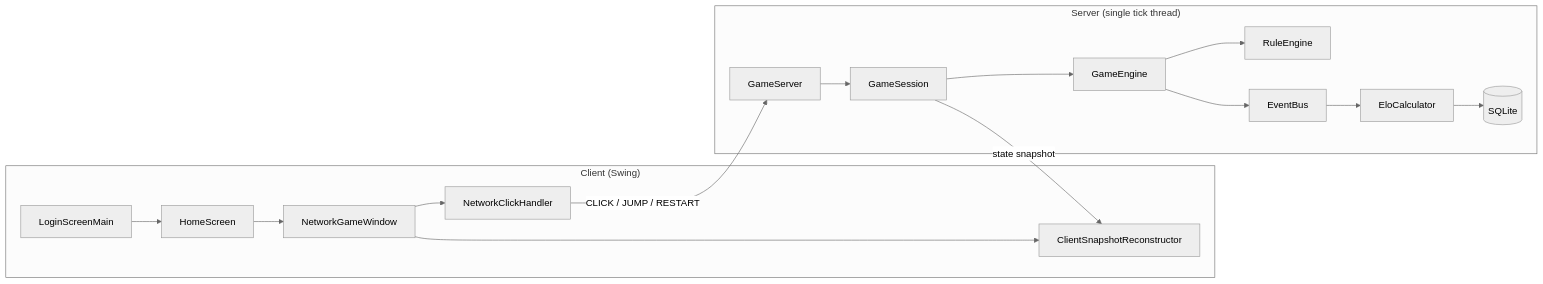
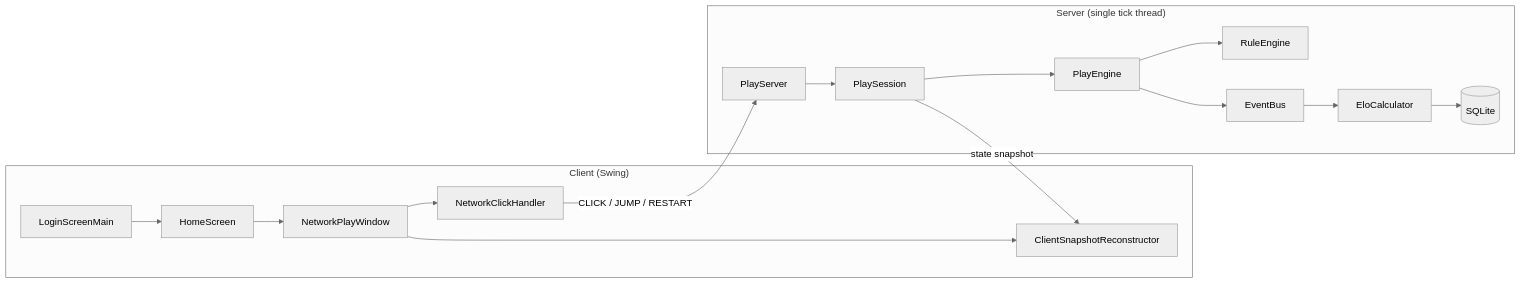
The diagram in README.md (RuthHoltzman/KFChess), drawn with Mermaid (neutral theme) before and after one commit. The commit also changed other lines of this file and 46 other files, not shown here.

Commit message:
Rename Game* classes and files to Play*

````diff
--- a/README.md
+++ b/README.md
@@ -141,20 +141,20 @@
 ```mermaid
 flowchart LR
     subgraph Client["Client (Swing)"]
-        L[LoginScreenMain] --> H[HomeScreen] --> W[NetworkGameWindow]
+        L[LoginScreenMain] --> H[HomeScreen] --> W[NetworkPlayWindow]
         W --> CH[NetworkClickHandler]
         W --> R[ClientSnapshotReconstructor]
     end
 
     subgraph Server["Server (single tick thread)"]
-        GS[GameServer] --> SE[GameSession]
-        SE --> EN[GameEngine]
+        GS[PlayServer] --> SE[PlaySession]
+        SE --> EN[PlayEngine]
         EN --> RU[RuleEngine]
         EN --> BUS[EventBus]
         BUS --> ELO[EloCalculator]
         ELO --> DB[(SQLite)]
     end
 
     CH -- "CLICK / JUMP / RESTART" --> GS
     SE -- "state snapshot" --> R
 ```
````
